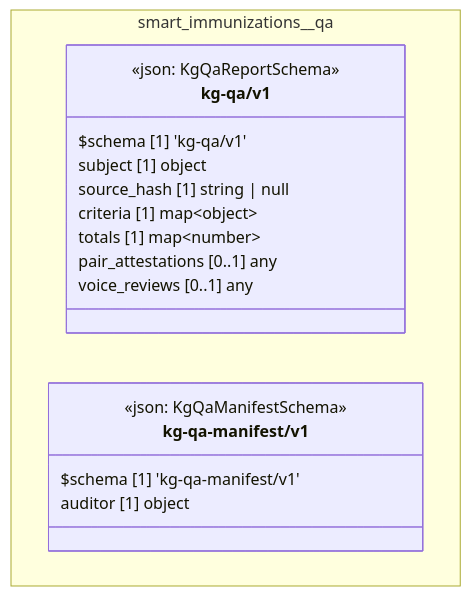
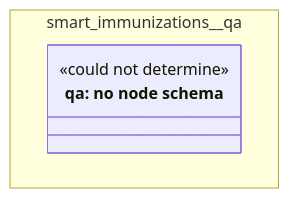
The diagram in docs/uml/overview/smart-immunizations/qa.md (litlfred/cat-harness), drawn with Mermaid before and after one commit. The commit also changed other lines of this file and 406 other files, not shown here.

````diff
--- a/docs/uml/overview/smart-immunizations/qa.md
+++ b/docs/uml/overview/smart-immunizations/qa.md
@@ -42,23 +42,11 @@
 ```mermaid
 classDiagram
   direction TB
   namespace smart_immunizations__qa {
-    class smart_immunizations_qa_kg_qa_v1_kg_qa_v1["kg-qa/v1"] {
-      <<json: KgQaReportSchema>>
-      $schema [1] 'kg-qa/v1'
-      subject [1] object
-      source_hash [1] string | null
-      criteria [1] map~object~
-      totals [1] map~number~
-      pair_attestations [0..1] any
-      voice_reviews [0..1] any
-    }
-    class smart_immunizations_qa_kg_qa_manifest_v1_kg_qa_manifest_v1["kg-qa-manifest/v1"] {
-      <<json: KgQaManifestSchema>>
-      $schema [1] 'kg-qa-manifest/v1'
-      auditor [1] object
+    class n_smart_immunizations_qa_qa["qa: no node schema"] {
+      <<could not determine>>
     }
   }
-  cssClass "smart_immunizations_qa_kg_qa_v1_kg_qa_v1" fa_uml_kind_qa
-  cssClass "smart_immunizations_qa_kg_qa_manifest_v1_kg_qa_manifest_v1" fa_uml_kind_qa
+  cssClass "n_smart_immunizations_qa_qa" fa_uml_kind_qa
+  cssClass "n_smart_immunizations_qa_qa" fa_uml_undetermined
 ```
````
